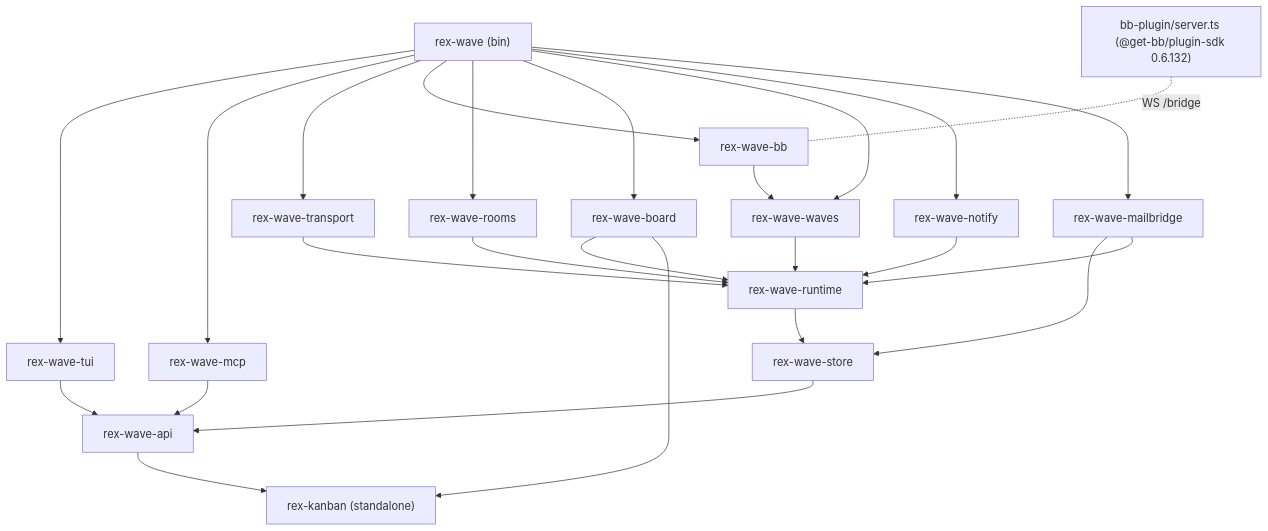
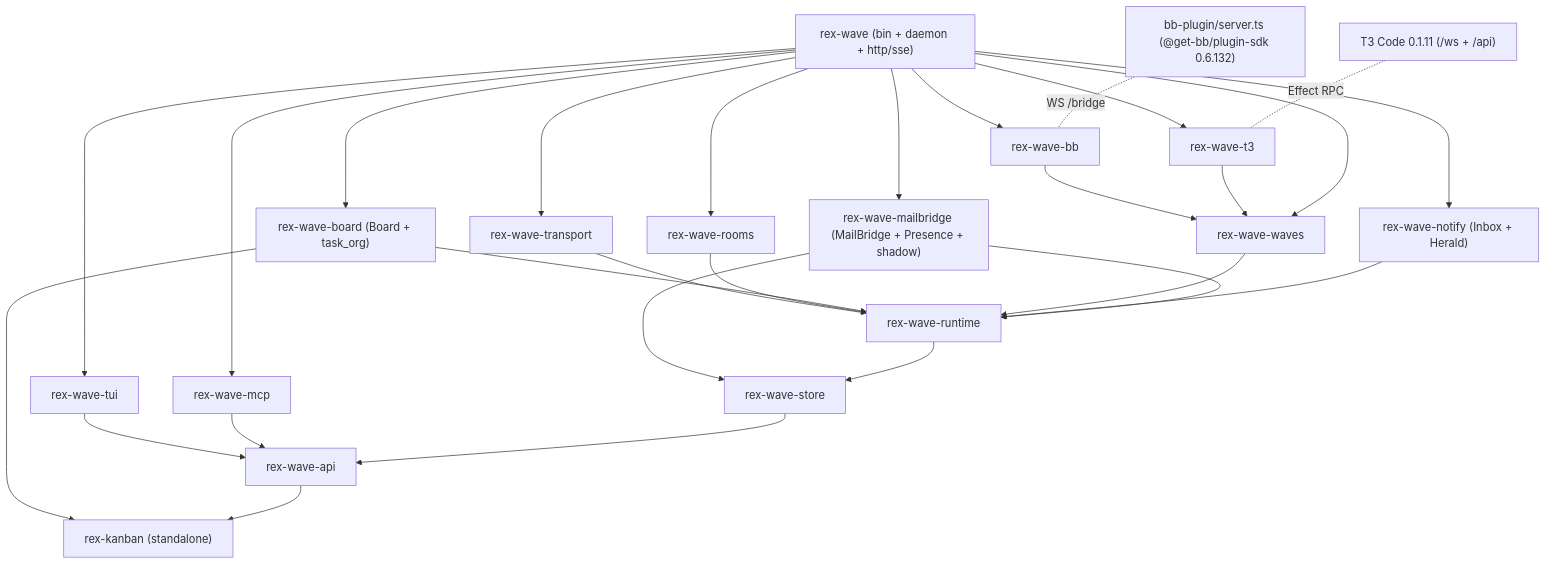
One commit to animegolem/rex-wave changed the diagram in ARCHITECTURE.md. Above: the diagram before and after it, drawn with Mermaid. The commit also changed other lines of this file and 14 other files, not shown here.

Commit message:
feat(phase3): compose presence, herald grace timer, CLI verbs, and E2E suite

````diff
--- a/ARCHITECTURE.md
+++ b/ARCHITECTURE.md
@@ -121,21 +121,23 @@
 ```mermaid
 flowchart TD
-  bin["rex-wave (bin)"]
+  bin["rex-wave (bin + daemon + http/sse)"]
   tui["rex-wave-tui"] --> api
   mcp["rex-wave-mcp"] --> api
   transport["rex-wave-transport"] --> runtime
   bb["rex-wave-bb"] --> waves
+  t3["rex-wave-t3"] --> waves
   rooms["rex-wave-rooms"] --> runtime
-  board["rex-wave-board"] --> runtime
+  board["rex-wave-board (Board + task_org)"] --> runtime
   board --> kanban
   waves["rex-wave-waves"] --> runtime
-  notify["rex-wave-notify"] --> runtime
-  mail["rex-wave-mailbridge"] --> store
+  notify["rex-wave-notify (Inbox + Herald)"] --> runtime
+  mail["rex-wave-mailbridge (MailBridge + Presence + shadow)"] --> store
   mail --> runtime
   runtime["rex-wave-runtime"] --> store
   store["rex-wave-store"] --> api
   api["rex-wave-api"] --> kanban
   kanban["rex-kanban (standalone)"]
-  bin --> tui & mcp & transport & bb & rooms & board & waves & notify & mail
+  bin --> tui & mcp & transport & bb & t3 & rooms & board & waves & notify & mail
   plugin["bb-plugin/server.ts (@get-bb/plugin-sdk 0.6.132)"] -. "WS /bridge" .- bb
+  t3srv["T3 Code 0.1.11 (/ws + /api)"] -. "Effect RPC" .- t3
 ```
````
